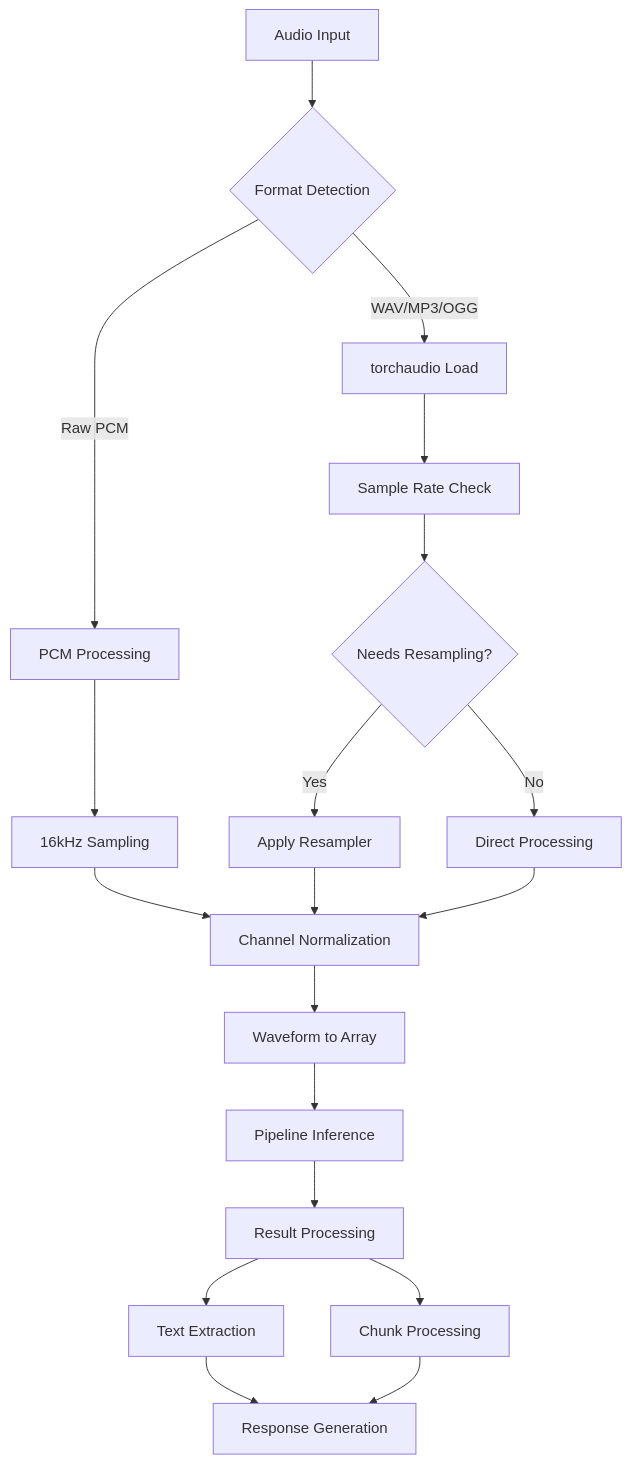
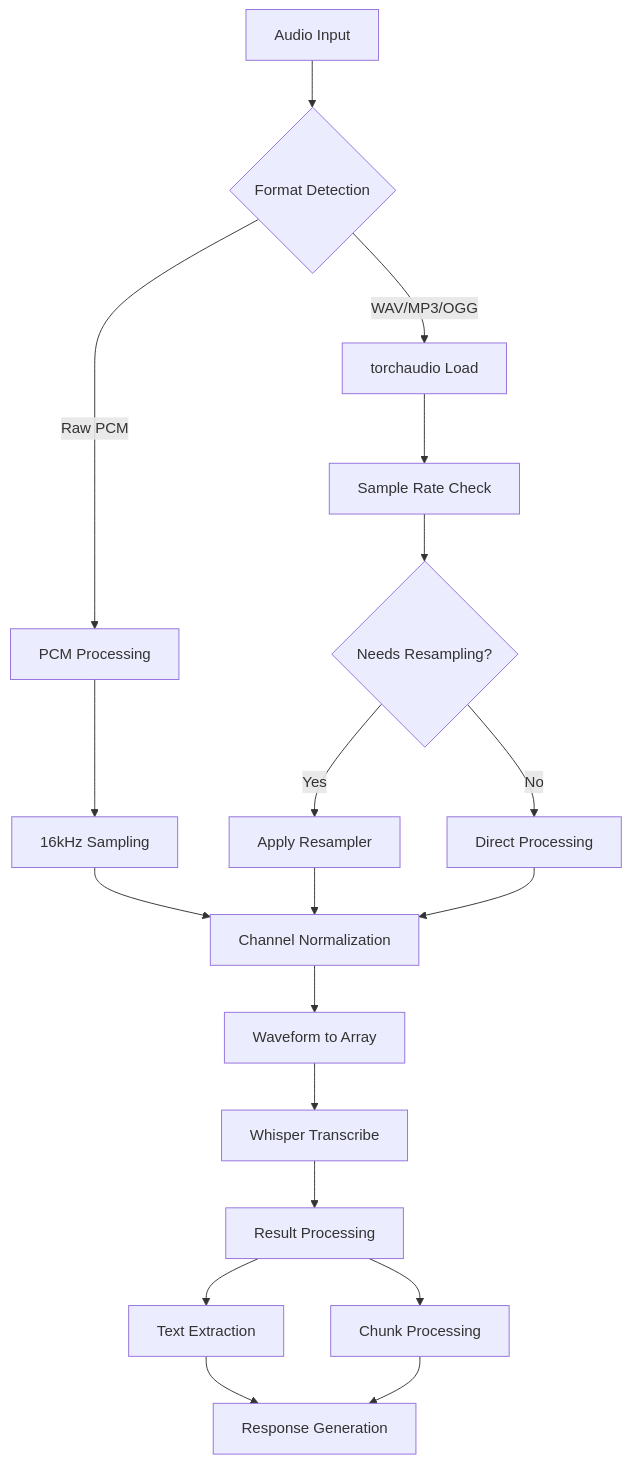
Before and after one commit to Revanththetalogics/aireume: the seventh of 12 diagrams in .qoder/repowiki/en/content/Deployment & DevOps/Speech Service Microservice.md, drawn with Mermaid. The commit also changed other lines of this file and 118 other files, not shown here.

````diff
--- a/.qoder/repowiki/en/content/Deployment & DevOps/Speech Service Microservice.md
+++ b/.qoder/repowiki/en/content/Deployment & DevOps/Speech Service Microservice.md
@@ -306,21 +360,21 @@
 ```mermaid
 flowchart TD
 A[Audio Input] --> B{Format Detection}
 B --> |Raw PCM| C[PCM Processing]
 B --> |WAV/MP3/OGG| D[torchaudio Load]
 C --> E[16kHz Sampling]
 D --> F[Sample Rate Check]
 F --> G{Needs Resampling?}
 G --> |Yes| H[Apply Resampler]
 G --> |No| I[Direct Processing]
 E --> J[Channel Normalization]
 H --> J
 I --> J
 J --> K[Waveform to Array]
-K --> L[Pipeline Inference]
+K --> L[Whisper Transcribe]
 L --> M[Result Processing]
 M --> N[Text Extraction]
 M --> O[Chunk Processing]
 N --> P[Response Generation]
 O --> P
 ```
````
